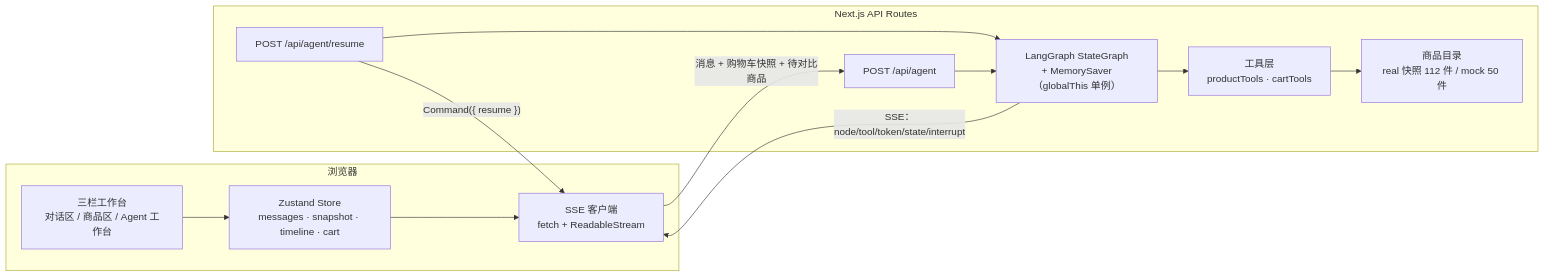
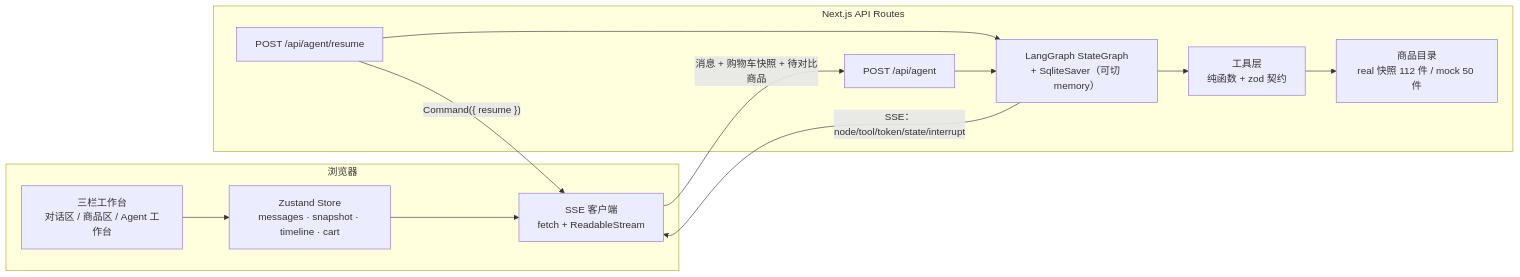
The first of 2 diagrams in README.md (Zeffy-Real/eshopagent), drawn with Mermaid before and after one commit. The commit also changed other lines of this file and 6 other files, not shown here.

````diff
--- a/README.md
+++ b/README.md
@@ -162,26 +162,26 @@
 ```mermaid
 flowchart LR
   subgraph Client["浏览器"]
     UI["三栏工作台<br/>对话区 / 商品区 / Agent 工作台"]
     Store["Zustand Store<br/>messages · snapshot · timeline · cart"]
     SSE["SSE 客户端<br/>fetch + ReadableStream"]
     UI --> Store
     Store --> SSE
   end
 
   subgraph Server["Next.js API Routes"]
     Route["POST /api/agent"]
     Resume["POST /api/agent/resume"]
-    Graph["LangGraph StateGraph<br/>+ MemorySaver（globalThis 单例）"]
-    Tools["工具层<br/>productTools · cartTools"]
+    Graph["LangGraph StateGraph<br/>+ SqliteSaver（可切 memory）"]
+    Tools["工具层<br/>纯函数 + zod 契约"]
     Catalog["商品目录<br/>real 快照 112 件 / mock 50 件"]
     Route --> Graph
     Resume --> Graph
     Graph --> Tools
     Tools --> Catalog
   end
 
   SSE -->|"消息 + 购物车快照 + 待对比商品"| Route
   Graph -->|"SSE：node/tool/token/state/interrupt"| SSE
   Resume -->|"Command({ resume })"| SSE
 ```
````
